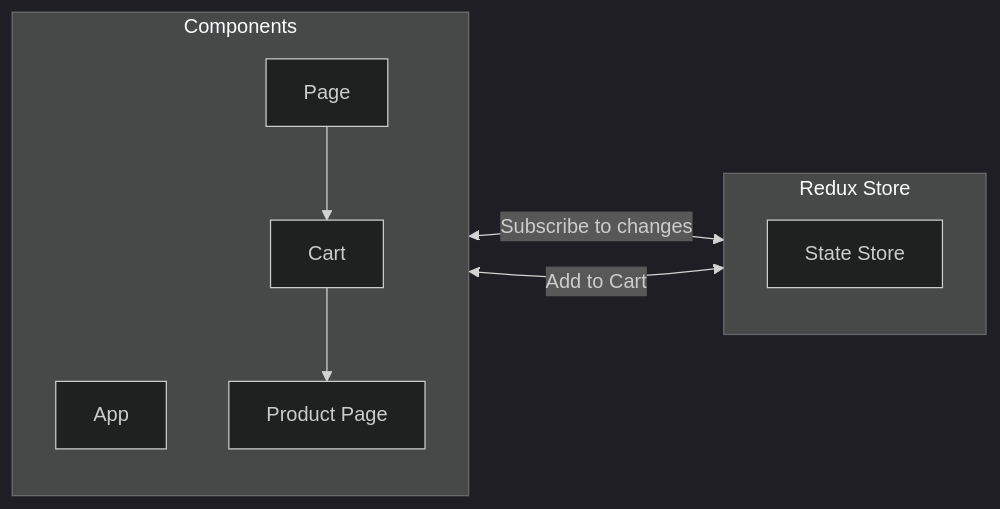
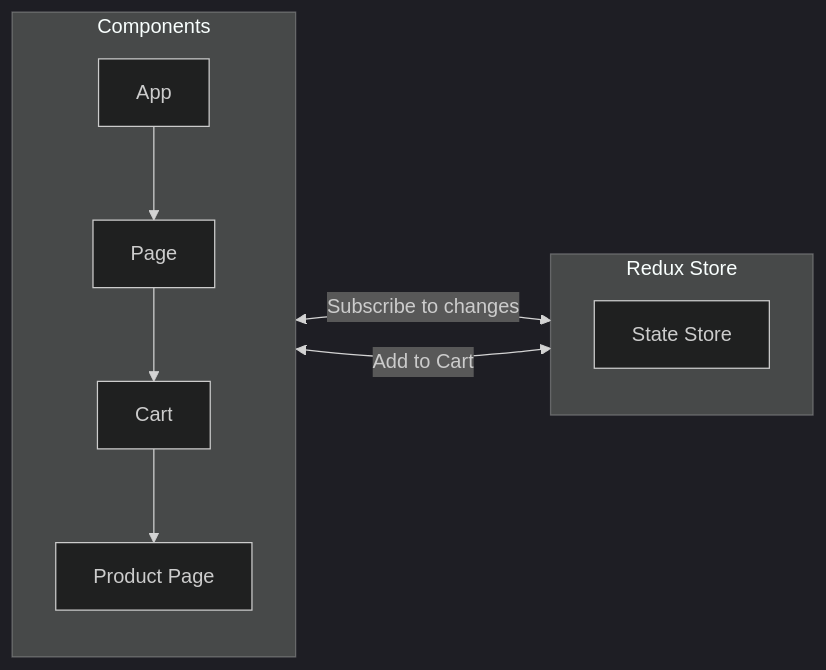
The second of 2 diagrams in InformationTechnology/WebDevelopment/redux.md (oreximus/learnings), drawn with Mermaid (dark theme) before and after one commit.

Commit message:
[nb] Edit: InformationTechnology/WebDevelopment/redux.md

````diff
--- a/InformationTechnology/WebDevelopment/redux.md
+++ b/InformationTechnology/WebDevelopment/redux.md
@@ -40,14 +40,14 @@
 ```mermaid
 flowchart LR
     subgraph id1["Components"]
-    A["App"]
     direction TB
-    B["Page"] --> C["Cart"]
+    A["App"] --> B["Page"]
+    B --> C["Cart"]
     C --> D["Product Page"]
     end
     subgraph id2["Redux Store"]
     F["State Store"]
     end
     id1 <-- "Subscribe to changes" --> id2
     D <-- "Add to Cart" --> id2
 ```
````
